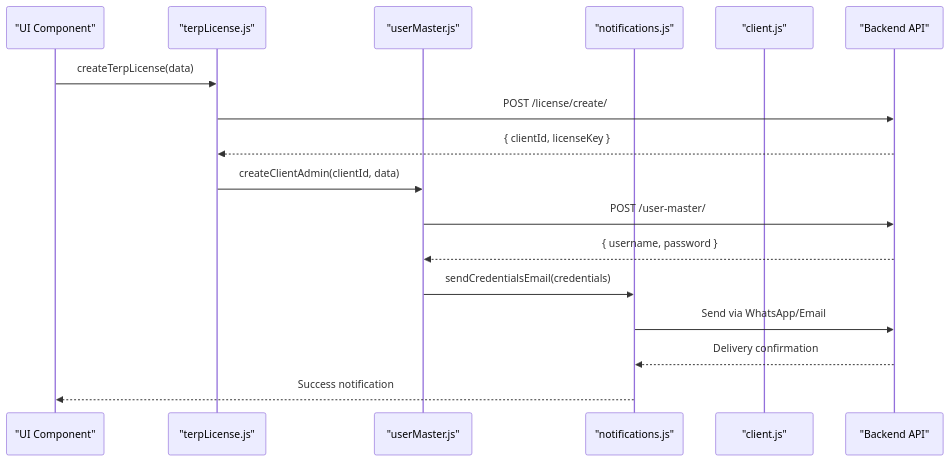
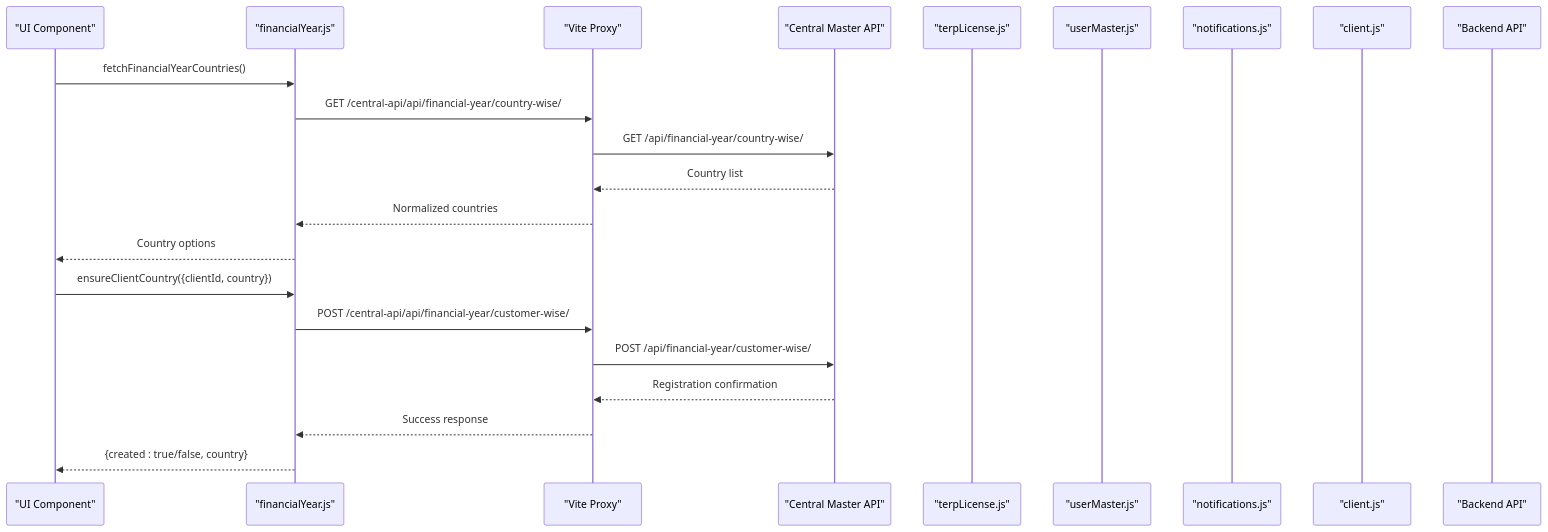
One commit to imcbsglobal/TRELLISCO_ERP_FRONTEND changed the second of 13 diagrams in .qoder/repowiki/en/content/Application Architecture/API Integration Patterns.md. Above: the diagram before and after it, drawn with Mermaid. The commit also changed other lines of this file and 29 other files, not shown here.

````diff
--- a/.qoder/repowiki/en/content/Application Architecture/API Integration Patterns.md
+++ b/.qoder/repowiki/en/content/Application Architecture/API Integration Patterns.md
@@ -151,19 +169,24 @@
 ```mermaid
 sequenceDiagram
 participant UI as "UI Component"
+participant FinancialSvc as "financialYear.js"
+participant Proxy as "Vite Proxy"
+participant Central as "Central Master API"
 participant LicenseSvc as "terpLicense.js"
 participant UserSvc as "userMaster.js"
 participant NotifySvc as "notifications.js"
 participant Client as "client.js"
 participant Server as "Backend API"
-UI->>LicenseSvc : createTerpLicense(data)
-LicenseSvc->>Server : POST /license/create/
-Server-->>LicenseSvc : { clientId, licenseKey }
-LicenseSvc->>UserSvc : createClientAdmin(clientId, data)
-UserSvc->>Server : POST /user-master/
-Server-->>UserSvc : { username, password }
-UserSvc->>NotifySvc : sendCredentialsEmail(credentials)
-NotifySvc->>Server : Send via WhatsApp/Email
-Server-->>NotifySvc : Delivery confirmation
-NotifySvc-->>UI : Success notification
+UI->>FinancialSvc : fetchFinancialYearCountries()
+FinancialSvc->>Proxy : GET /central-api/api/financial-year/country-wise/
+Proxy->>Central : GET /api/financial-year/country-wise/
+Central-->>Proxy : Country list
+Proxy-->>FinancialSvc : Normalized countries
+FinancialSvc-->>UI : Country options
+UI->>FinancialSvc : ensureClientCountry({clientId, country})
+FinancialSvc->>Proxy : POST /central-api/api/financial-year/customer-wise/
+Proxy->>Central : POST /api/financial-year/customer-wise/
+Central-->>Proxy : Registration confirmation
+Proxy-->>FinancialSvc : Success response
+FinancialSvc-->>UI : {created : true/false, country}
 ```
````
